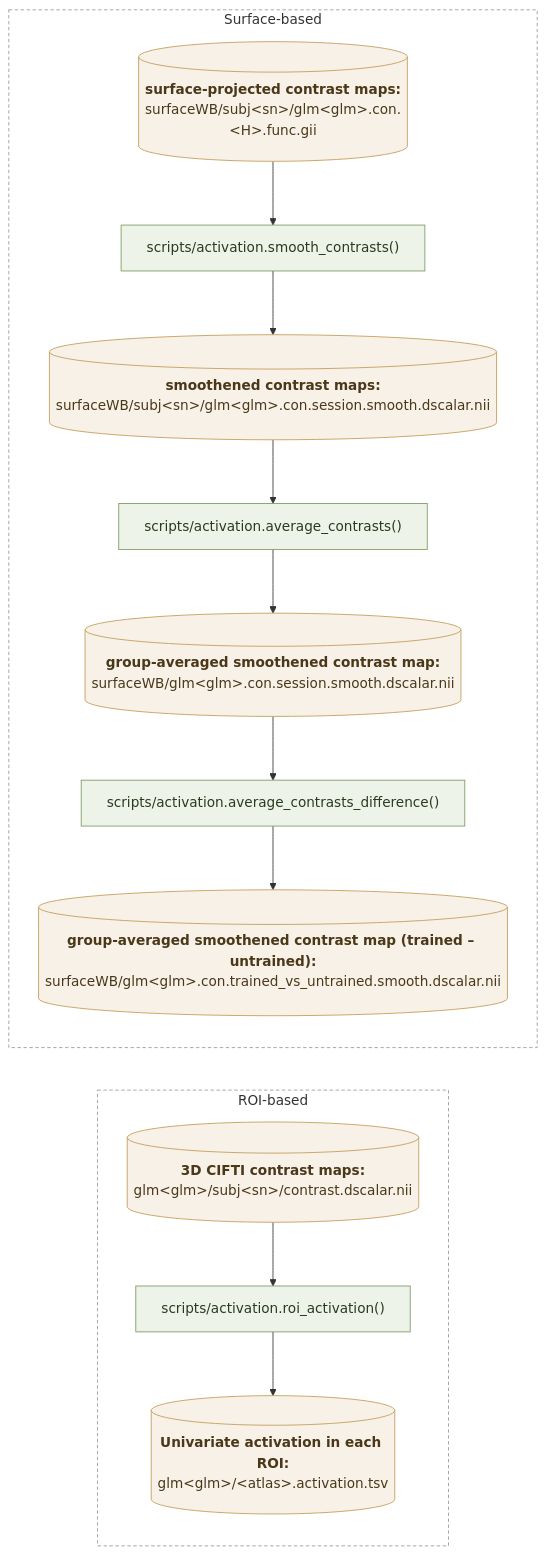
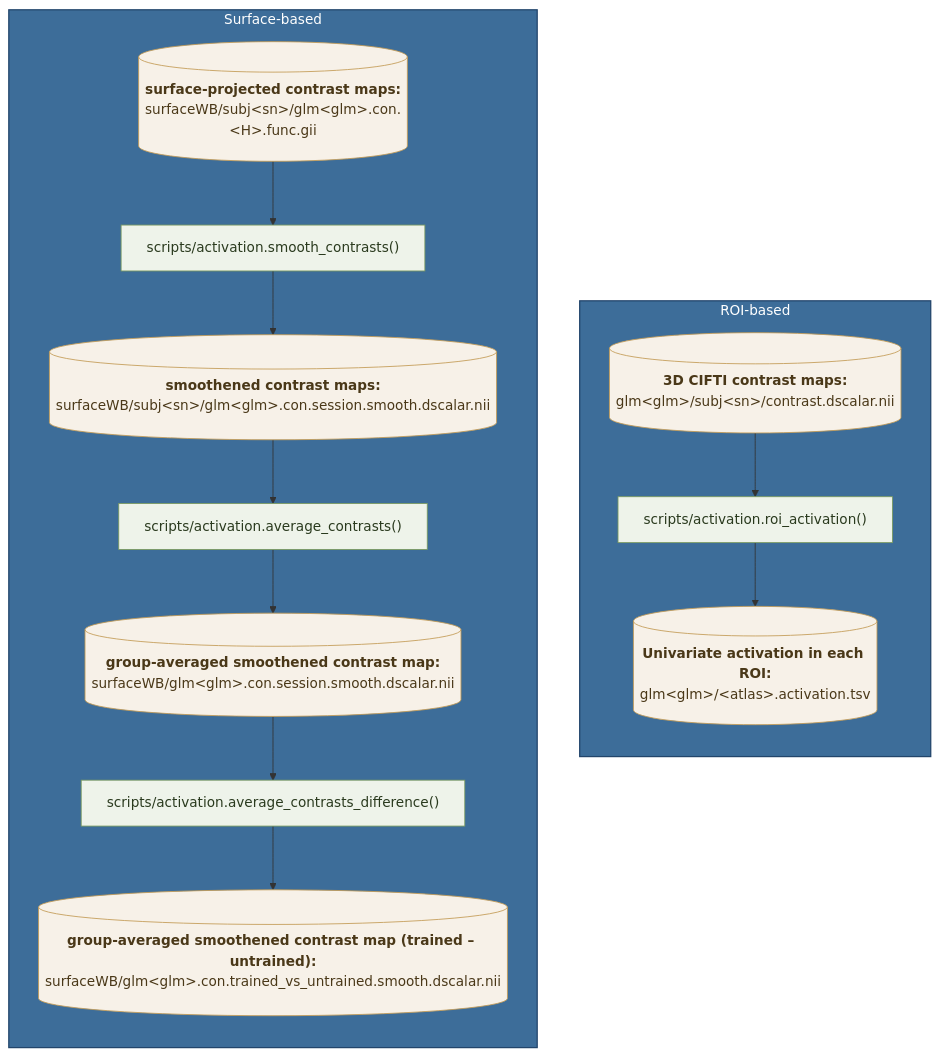
One commit to mnlmrc/extension-flexion-chords changed the second of 2 diagrams in README.md. Above: the diagram before and after it, drawn with Mermaid.

````diff
--- a/README.md
+++ b/README.md
@@ -91,38 +91,38 @@
 ```mermaid
-flowchart LR
+flowchart TB
     subgraph ROI ["ROI-based"]
         direction TB
         CON[("<b>3D CIFTI contrast maps:</b><br/>glm&lt;glm&gt;/subj&lt;sn&gt;/contrast.dscalar.nii")]:::data
         A_ROI["scripts/activation.roi_activation()"]:::code
         ROITSV[("<b>Univariate activation in each ROI:</b><br/>glm&lt;glm&gt;/&lt;atlas&gt;.activation.tsv")]:::data
 
         CON --> A_ROI
         A_ROI --> ROITSV
     end
 
     subgraph SURF ["Surface-based"]
         direction TB
         GIFTI[("<b>surface-projected contrast maps:</b><br/>surfaceWB/subj&lt;sn&gt;/glm&lt;glm&gt;.con.&lt;H&gt;.func.gii")]:::data
 
         A_SMOOTH["scripts/activation.smooth_contrasts()"]:::code
 
         SMOOTHD[("<b>smoothened contrast maps:</b><br/>surfaceWB/subj&lt;sn&gt;/glm&lt;glm&gt;.con.session.smooth.dscalar.nii")]:::data
 
         A_AVG["scripts/activation.average_contrasts()"]:::code
         GRPD[("<b>group-averaged smoothened contrast map:</b><br/>surfaceWB/glm&lt;glm&gt;.con.session.smooth.dscalar.nii")]:::data
         A_DIFF["scripts/activation.average_contrasts_difference()"]:::code
         DIFFD[("<b>group-averaged smoothened contrast map (trained – untrained):</b><br/>surfaceWB/glm&lt;glm&gt;.con.trained_vs_untrained.smooth.dscalar.nii")]:::data
 
         GIFTI --> A_SMOOTH
         A_SMOOTH --> SMOOTHD
         SMOOTHD --> A_AVG
         A_AVG --> GRPD
         GRPD --> A_DIFF
         A_DIFF --> DIFFD
     end
 
     classDef code  fill:#eef3ea,stroke:#7a9a5f,color:#2a3a1e;
     classDef data  fill:#f7f1e8,stroke:#c39b56,color:#4a3818;
-    classDef group fill:none,stroke:#999,stroke-dasharray:4 3,color:#333;
+    classDef group fill:#3d6d99,stroke:#22456b,stroke-width:1.5px,color:#ffffff;
     class ROI,SURF group;
 ```
````
